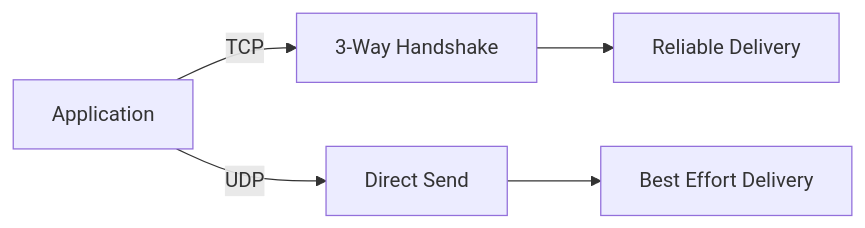
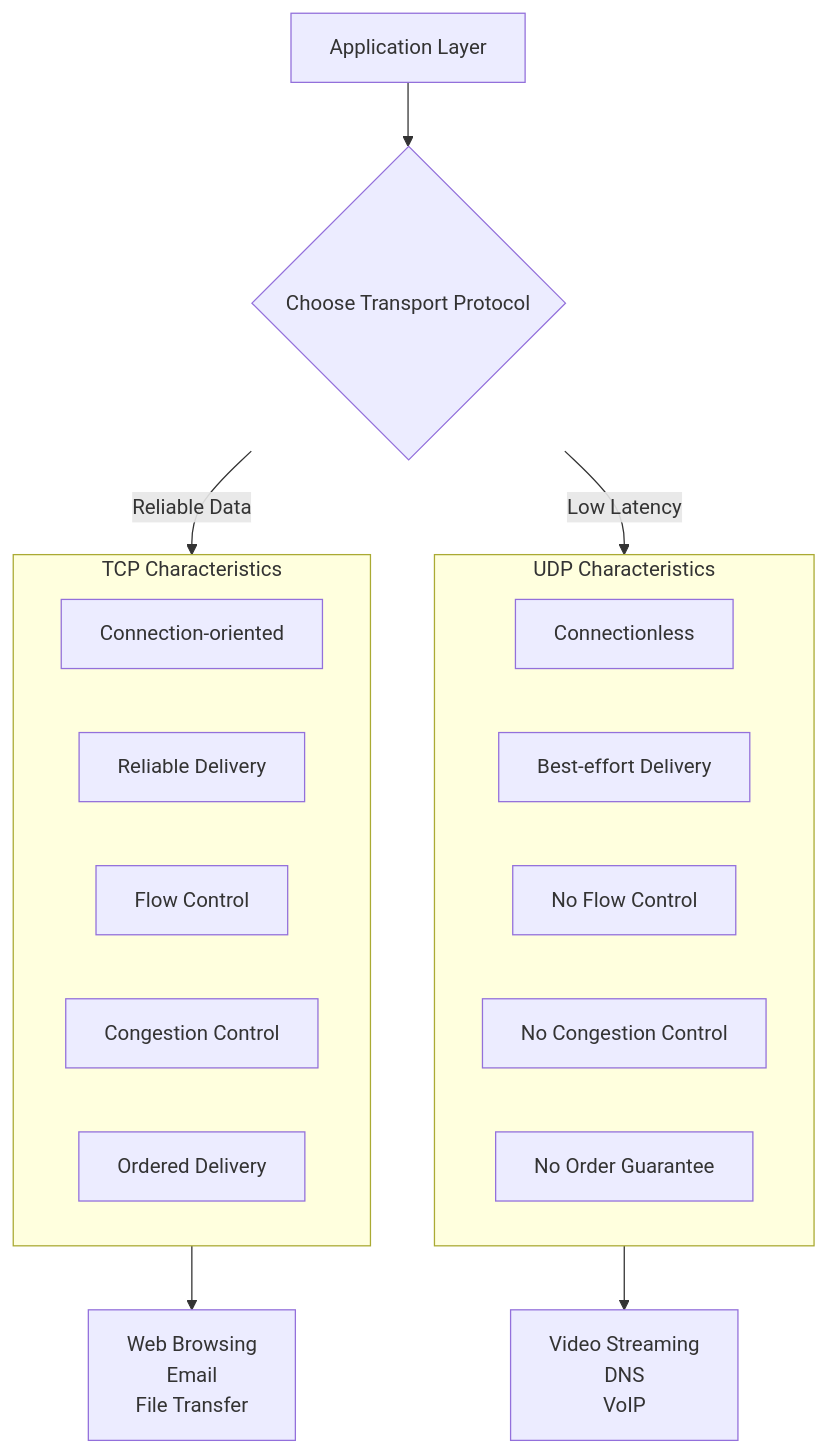
One commit to Swayam-Prakash-Bhuyan/SREDailyChallenge changed the second of 11 diagrams in challenge16.md. Above: the diagram before and after it, drawn with Mermaid. The commit also changed other lines of this file, not shown here.

````diff
--- a/challenge16.md
+++ b/challenge16.md
@@ -53,7 +124,26 @@
 ```mermaid
-flowchart LR
-A[Application] -->|TCP| B[3-Way Handshake]
-A -->|UDP| C[Direct Send]
-B --> D[Reliable Delivery]
-C --> E[Best Effort Delivery]
+flowchart TD
+    A[Application Layer] --> B{Choose Transport Protocol}
+    
+    B -->|Reliable Data| C[TCP]
+    B -->|Low Latency| D[UDP]
+    
+    subgraph C[TCP Characteristics]
+        C1[Connection-oriented]
+        C2[Reliable Delivery]
+        C3[Flow Control]
+        C4[Congestion Control]
+        C5[Ordered Delivery]
+    end
+    
+    subgraph D[UDP Characteristics]
+        D1[Connectionless]
+        D2[Best-effort Delivery]
+        D3[No Flow Control]
+        D4[No Congestion Control]
+        D5[No Order Guarantee]
+    end
+    
+    C --> E[Web Browsing<br/>Email<br/>File Transfer]
+    D --> F[Video Streaming<br/>DNS<br/>VoIP]
 ```
````
